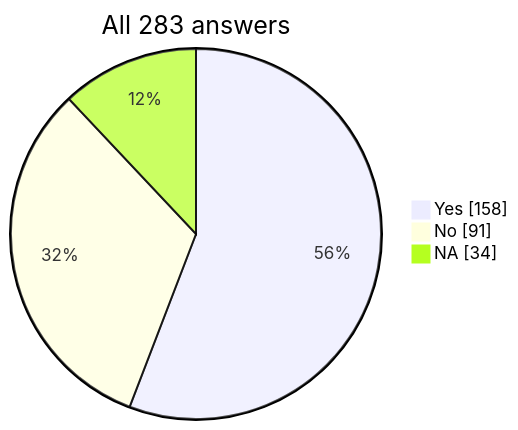
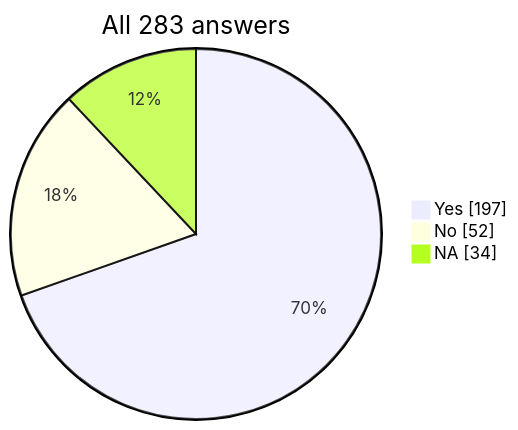
Before and after one commit to Colorado-Startups/legallas: the diagram in docs/security/caiq.md, drawn with Mermaid. The commit also changed other lines of this file and 10 other files, not shown here.

````diff
--- a/docs/security/caiq.md
+++ b/docs/security/caiq.md
@@ -27,6 +27,6 @@
 ```mermaid
 pie showData title All 283 answers
-  "Yes" : 158
-  "No" : 91
+  "Yes" : 197
+  "No" : 52
   "NA" : 34
 ```
````
